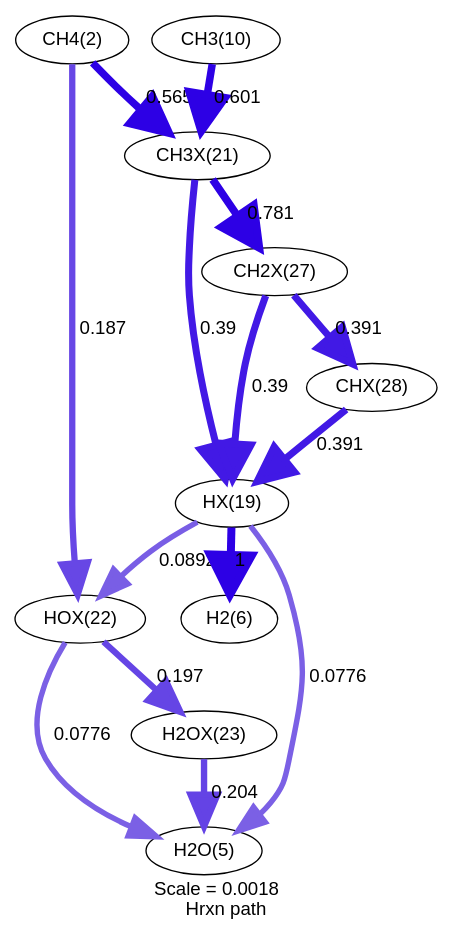
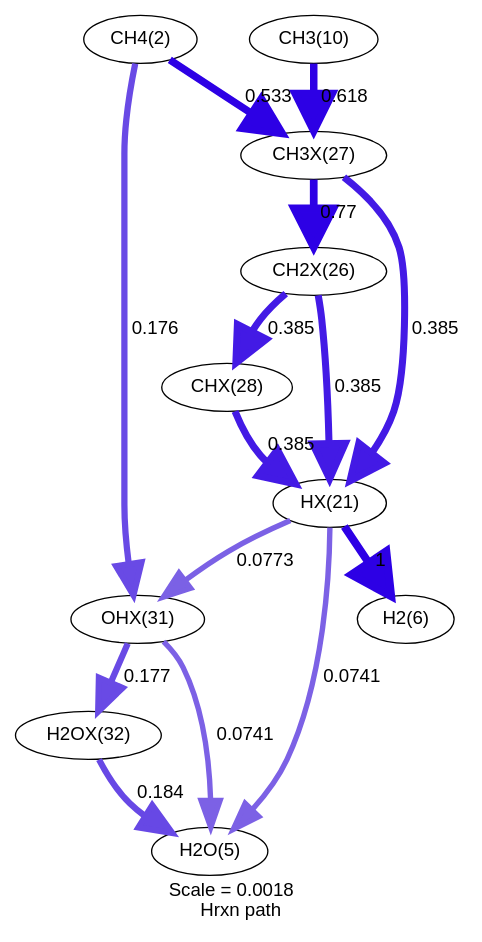
One commit to comocheng/cpox changed the diagram in rh/rxnpath/rxnpath-0.9-surf-11.5mm-H.dot. Above: the diagram before and after it, drawn with Graphviz. The commit also changed 539 other files, not shown here.

```diff
--- a/rh/rxnpath/rxnpath-0.9-surf-11.5mm-H.dot
+++ b/rh/rxnpath/rxnpath-0.9-surf-11.5mm-H.dot
@@ -1,43 +1,43 @@
 digraph reaction_paths {
 center=1;
-s3 -> s31[fontname="Helvetica", penwidth=4.73, arrowsize=2.37, color="0.7, 0.687, 0.9"
-, label=" 0.187"];
-s3 -> s30[fontname="Helvetica", penwidth=5.57, arrowsize=2.78, color="0.7, 1.07, 0.9"
-, label=" 0.565"];
-s28 -> s7[fontname="Helvetica", penwidth=6, arrowsize=3, color="0.7, 1.5, 0.9"
+s23 -> s7[fontname="Helvetica", penwidth=6, arrowsize=3, color="0.7, 1.5, 0.9"
 , label=" 1"];
-s28 -> s31[fontname="Helvetica", penwidth=4.18, arrowsize=2.09, color="0.7, 0.589, 0.9"
-, label=" 0.0892"];
-s28 -> s6[fontname="Helvetica", penwidth=4.07, arrowsize=2.04, color="0.7, 0.578, 0.9"
-, label=" 0.0776"];
-s30 -> s28[fontname="Helvetica", penwidth=5.29, arrowsize=2.65, color="0.7, 0.89, 0.9"
-, label=" 0.39"];
-s36 -> s28[fontname="Helvetica", penwidth=5.29, arrowsize=2.64, color="0.7, 0.89, 0.9"
-, label=" 0.39"];
-s37 -> s28[fontname="Helvetica", penwidth=5.29, arrowsize=2.65, color="0.7, 0.891, 0.9"
-, label=" 0.391"];
-s31 -> s6[fontname="Helvetica", penwidth=4.07, arrowsize=2.04, color="0.7, 0.578, 0.9"
-, label=" 0.0776"];
-s31 -> s32[fontname="Helvetica", penwidth=4.77, arrowsize=2.39, color="0.7, 0.697, 0.9"
-, label=" 0.197"];
-s32 -> s6[fontname="Helvetica", penwidth=4.8, arrowsize=2.4, color="0.7, 0.704, 0.9"
-, label=" 0.204"];
-s11 -> s30[fontname="Helvetica", penwidth=5.62, arrowsize=2.81, color="0.7, 1.1, 0.9"
-, label=" 0.601"];
-s30 -> s36[fontname="Helvetica", penwidth=5.81, arrowsize=2.91, color="0.7, 1.28, 0.9"
-, label=" 0.781"];
-s36 -> s37[fontname="Helvetica", penwidth=5.29, arrowsize=2.65, color="0.7, 0.891, 0.9"
-, label=" 0.391"];
+s29 -> s23[fontname="Helvetica", penwidth=5.28, arrowsize=2.64, color="0.7, 0.885, 0.9"
+, label=" 0.385"];
+s28 -> s23[fontname="Helvetica", penwidth=5.28, arrowsize=2.64, color="0.7, 0.885, 0.9"
+, label=" 0.385"];
+s30 -> s23[fontname="Helvetica", penwidth=5.28, arrowsize=2.64, color="0.7, 0.885, 0.9"
+, label=" 0.385"];
+s23 -> s33[fontname="Helvetica", penwidth=4.07, arrowsize=2.03, color="0.7, 0.577, 0.9"
+, label=" 0.0773"];
+s23 -> s6[fontname="Helvetica", penwidth=4.04, arrowsize=2.02, color="0.7, 0.574, 0.9"
+, label=" 0.0741"];
+s3 -> s29[fontname="Helvetica", penwidth=5.52, arrowsize=2.76, color="0.7, 1.03, 0.9"
+, label=" 0.533"];
+s3 -> s33[fontname="Helvetica", penwidth=4.69, arrowsize=2.34, color="0.7, 0.676, 0.9"
+, label=" 0.176"];
+s29 -> s28[fontname="Helvetica", penwidth=5.8, arrowsize=2.9, color="0.7, 1.27, 0.9"
+, label=" 0.77"];
+s11 -> s29[fontname="Helvetica", penwidth=5.64, arrowsize=2.82, color="0.7, 1.12, 0.9"
+, label=" 0.618"];
+s28 -> s30[fontname="Helvetica", penwidth=5.28, arrowsize=2.64, color="0.7, 0.885, 0.9"
+, label=" 0.385"];
+s33 -> s6[fontname="Helvetica", penwidth=4.04, arrowsize=2.02, color="0.7, 0.574, 0.9"
+, label=" 0.0741"];
+s33 -> s34[fontname="Helvetica", penwidth=4.69, arrowsize=2.35, color="0.7, 0.677, 0.9"
+, label=" 0.177"];
+s34 -> s6[fontname="Helvetica", penwidth=4.72, arrowsize=2.36, color="0.7, 0.684, 0.9"
+, label=" 0.184"];
 s3 [ fontname="Helvetica", label="CH4(2)"];
 s6 [ fontname="Helvetica", label="H2O(5)"];
 s7 [ fontname="Helvetica", label="H2(6)"];
 s11 [ fontname="Helvetica", label="CH3(10)"];
-s28 [ fontname="Helvetica", label="HX(19)"];
-s30 [ fontname="Helvetica", label="CH3X(21)"];
-s31 [ fontname="Helvetica", label="HOX(22)"];
-s32 [ fontname="Helvetica", label="H2OX(23)"];
-s36 [ fontname="Helvetica", label="CH2X(27)"];
-s37 [ fontname="Helvetica", label="CHX(28)"];
+s23 [ fontname="Helvetica", label="HX(21)"];
+s28 [ fontname="Helvetica", label="CH2X(26)"];
+s29 [ fontname="Helvetica", label="CH3X(27)"];
+s30 [ fontname="Helvetica", label="CHX(28)"];
+s33 [ fontname="Helvetica", label="OHX(31)"];
+s34 [ fontname="Helvetica", label="H2OX(32)"];
  label = "Scale = 0.0018\l Hrxn path";
  fontname = "Helvetica";
 }
```
